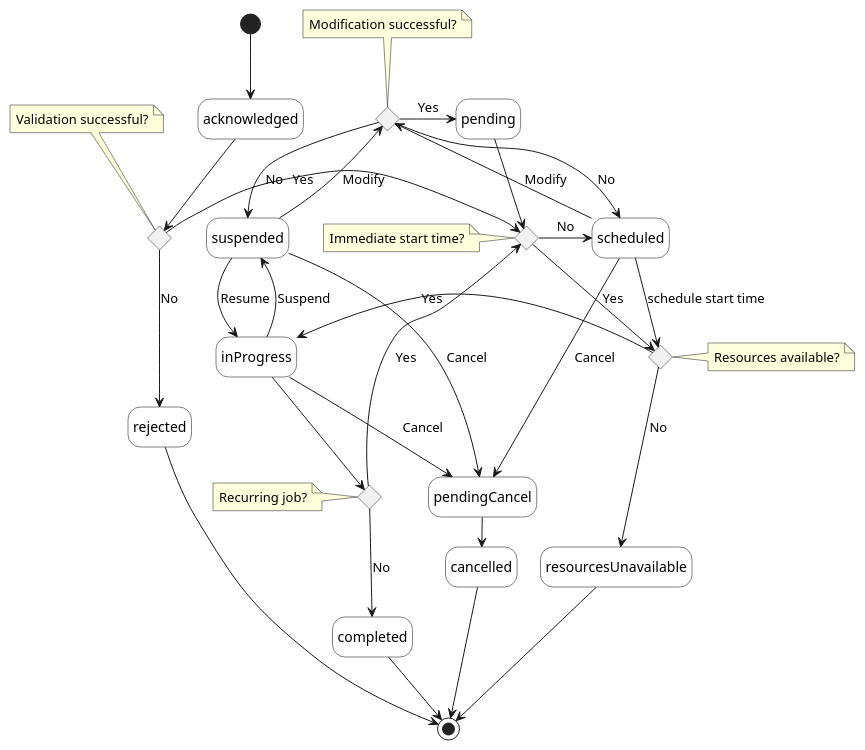
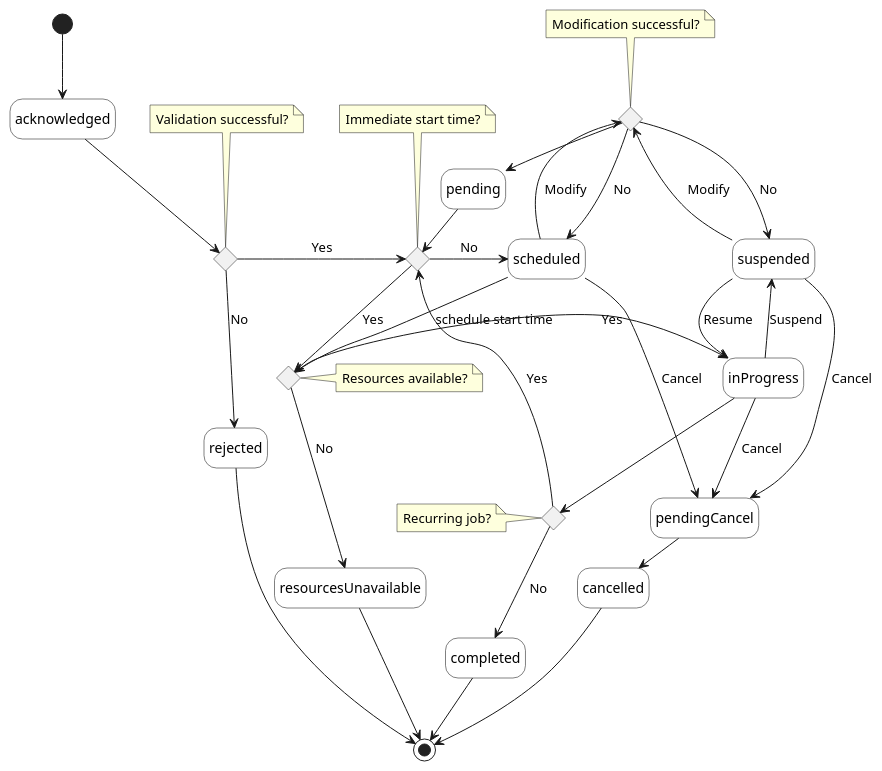
Before and after one commit to MEF-GIT/MEF-LSO-Interlude-SDK: the diagram in documentation/serviceApi/fm/media/src/faultManagementJobStates.puml, drawn with PlantUML. The commit also changed 74 other files, not shown here.

```diff
--- a/documentation/serviceApi/fm/media/src/faultManagementJobStates.puml
+++ b/documentation/serviceApi/fm/media/src/faultManagementJobStates.puml
@@ -1,73 +1,75 @@
 @startuml faultManagementJobStates
 
 'skinparam Linetype polyline
 'skinparam Linetype ortho
 skinparam state {
     BackgroundColor White
     BorderColor Black
 }
 hide empty description
 
 '''decisions'''
 state validation_successful <<choice>> 
  note top of validation_successful : Validation successful?
 
 state immediate <<choice>> 
- note left of immediate : Immediate start time?
+ note top of immediate : Immediate start time?
 
 state modification <<choice>> 
  note top of modification : Modification successful?
 
 state resources <<choice>> 
  note right of resources : Resources available?
 
 state recurring <<choice>> 
  note left of recurring : Recurring job?
 
-state "inProgress" as inProgress
-state "resourcesUnavailable" as resourcesUnavailable
+state "inProgress" as in_progress
+state "resourcesUnavailable" as resource_unavailable
+
+state "pendingCancel" as pending_cancel
 
 ''' diagram'''
 [*] -d-> acknowledged
 
 acknowledged -d-> validation_successful
 
 validation_successful -d-> rejected: No
 
 validation_successful -r-> immediate: Yes
 
 immediate -r-> scheduled: No
-scheduled -d-> pendingCancel: Cancel
+scheduled -d-> pending_cancel: Cancel
 scheduled -d-> resources: schedule start time
-resources -d-> resourcesUnavailable: No
-resources -l-> inProgress: Yes
+resources -d-> resource_unavailable: No
+resources -r-> in_progress: Yes
 
-immediate -d-> resources: Yes
-inProgress -d-> recurring
+immediate -r-> resources: Yes
+in_progress -d-> recurring
 recurring -d-> completed: No
 recurring -u-> immediate: Yes
 
-inProgress -d-> pendingCancel: Cancel
-inProgress -u-> suspended: Suspend
-suspended -r-> inProgress: Resume
-suspended -r-> pendingCancel: Cancel
+in_progress -d-> pending_cancel: Cancel
+in_progress -u-> suspended: Suspend
+suspended -r-> in_progress: Resume
+suspended -r-> pending_cancel: Cancel
 
-pendingCancel -> cancelled
+pending_cancel -> cancelled
 
 suspended -u-> modification: Modify
 modification -d-> suspended: No
 
 scheduled -u-> modification: Modify
 modification -d-> scheduled: No
 
 
 modification -r-> pending: Yes
 
-pending -d-> immediate
+pending -r-> immediate
 
 rejected -d-> [*]
 completed -d-> [*]
 cancelled -d-> [*]
-resourcesUnavailable -d-> [*]
+resource_unavailable -d-> [*]
 
 @enduml
```
